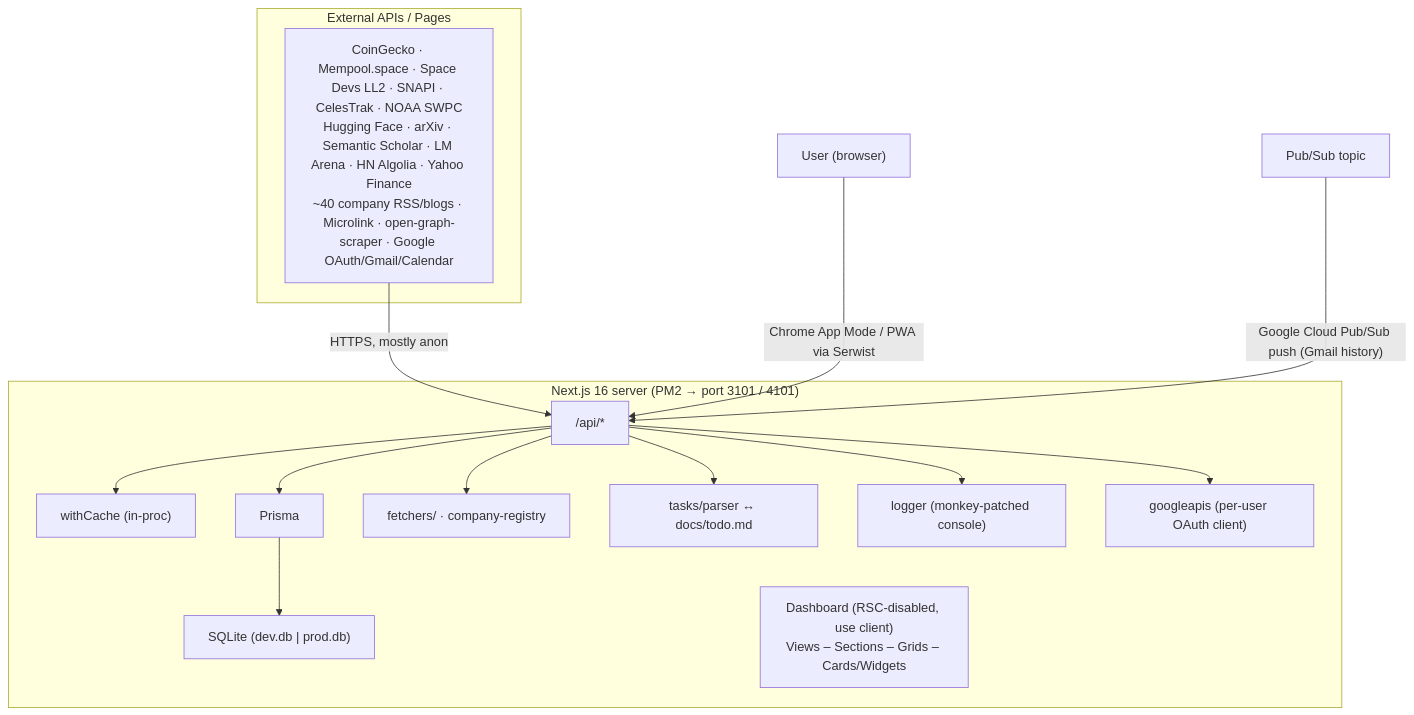
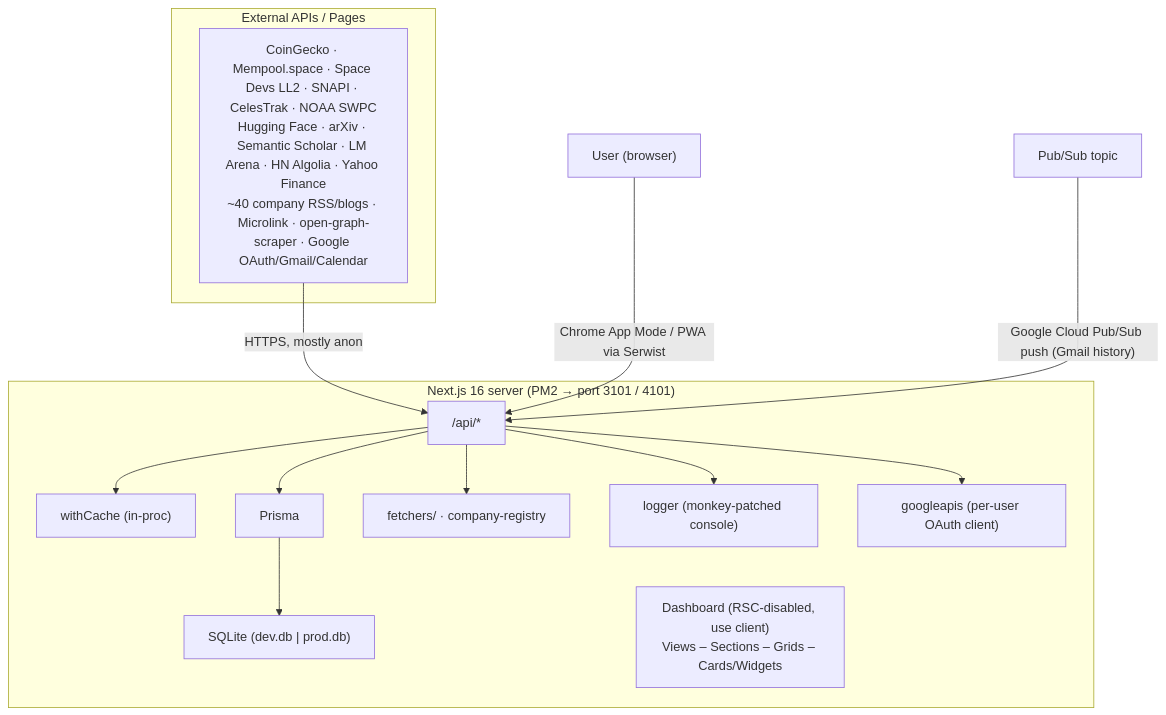
Before and after one commit to salsquared/mission-control: the first of 9 diagrams in docs/architecture.md, drawn with Mermaid. The commit also changed other lines of this file and 34 other files, not shown here.

````diff
--- a/docs/architecture.md
+++ b/docs/architecture.md
@@ -25,20 +25,19 @@
 ```mermaid
 graph TB
     subgraph External["External APIs / Pages"]
         Ext["CoinGecko · Mempool.space · Space Devs LL2 · SNAPI · CelesTrak · NOAA SWPC<br/>Hugging Face · arXiv · Semantic Scholar · LM Arena · HN Algolia · Yahoo Finance<br/>~40 company RSS/blogs · Microlink · open-graph-scraper · Google OAuth/Gmail/Calendar"]
     end
 
     subgraph Server["Next.js 16 server (PM2 → port 3101 / 4101)"]
         API["/api/*"] --> Cache["withCache (in-proc)"]
         API --> Prisma["Prisma"] --> SQLite["SQLite (dev.db | prod.db)"]
         API --> Fetchers["fetchers/ · company-registry"]
-        API --> Tasks["tasks/parser ↔ docs/todo.md"]
         API --> Logger["logger (monkey-patched console)"]
         API --> GAPIs["googleapis (per-user OAuth client)"]
         Dashboard["Dashboard (RSC-disabled, use client)<br/>Views – Sections – Grids – Cards/Widgets"]
     end
 
     Ext -->|"HTTPS, mostly anon"| API
     User["User (browser)"] -->|"Chrome App Mode / PWA via Serwist"| API
     PubSub["Pub/Sub topic"] -->|"Google Cloud Pub/Sub push (Gmail history)"| API
 ```
````
